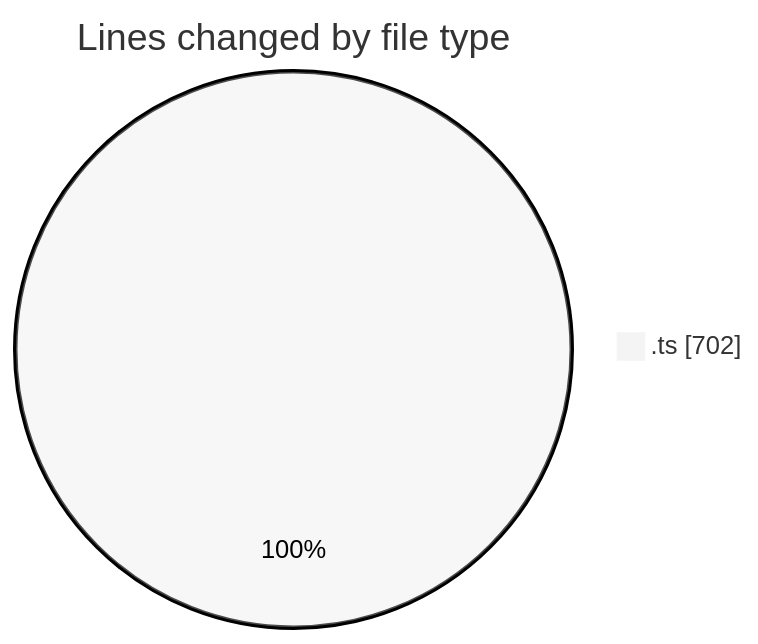
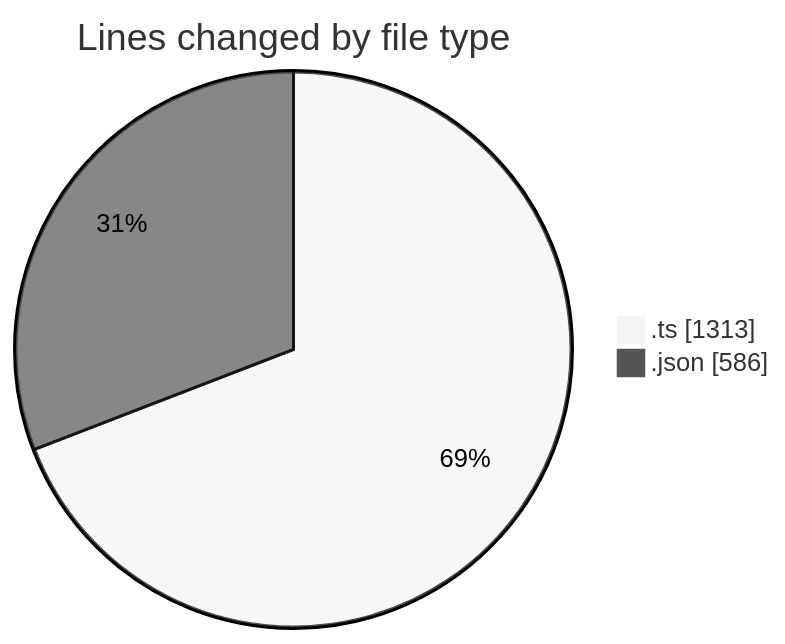
The first of 2 diagrams in 2025-08-24/_claude/README.md (EIIisD/code-tracking), drawn with Mermaid (neutral theme) before and after one commit. The commit also changed other lines of this file and 1 other file, not shown here.

````diff
--- a/2025-08-24/_claude/README.md
+++ b/2025-08-24/_claude/README.md
@@ -20,5 +22,6 @@
 ```mermaid
 pie showData
 title Lines changed by file type
-".ts" : 702
+".ts" : 1313
+".json" : 586
 ```
````
